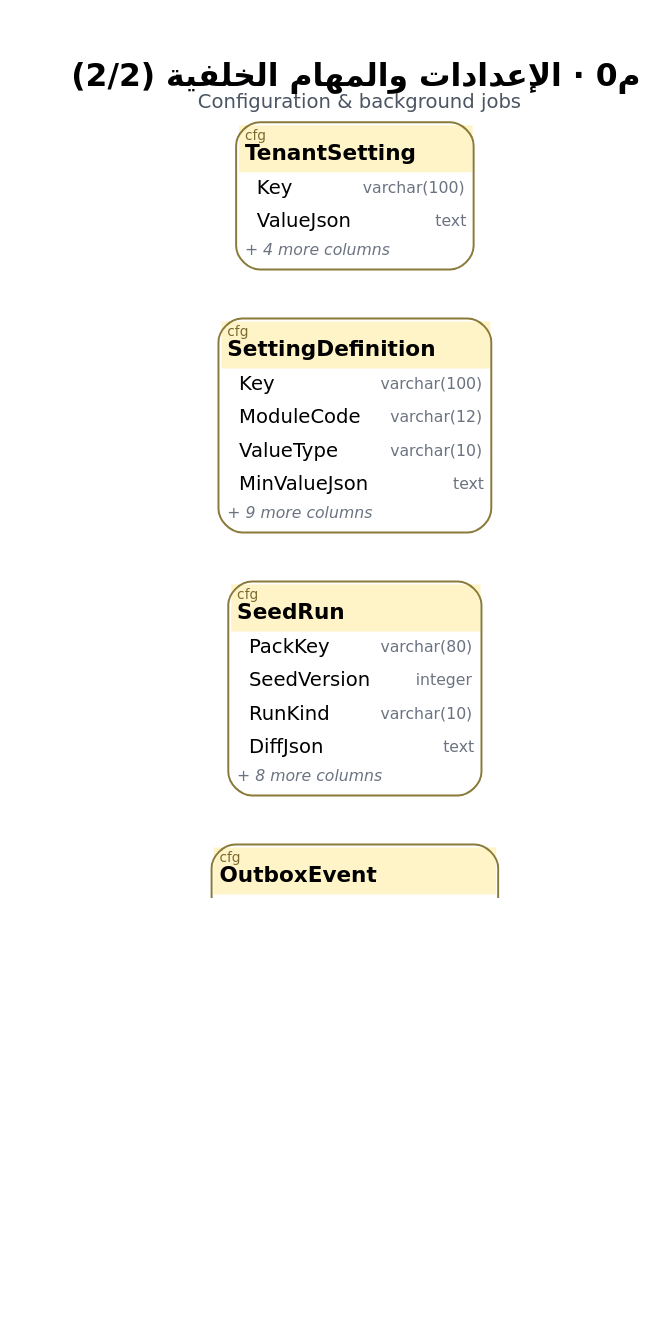
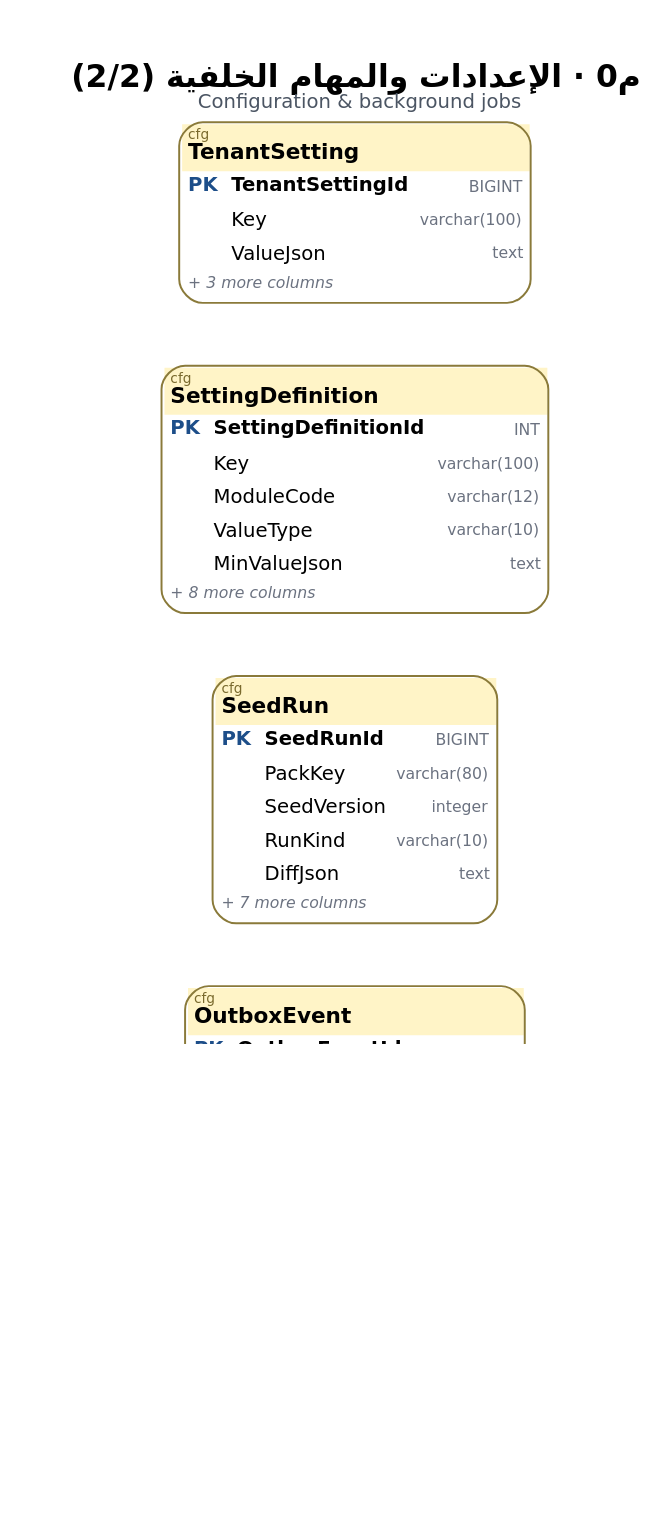
Before and after one commit to thawrasy/smartlines: the diagram in treasury-platform/docs/diagrams/pro/src/m0_config_2.dot, drawn with Graphviz. The commit also changed 72 other files, not shown here.

First line of the commit message:
WIP: layered orthogonal ERD layout with row ports (professional diagrams)

```diff
--- a/treasury-platform/docs/diagrams/pro/src/m0_config_2.dot
+++ b/treasury-platform/docs/diagrams/pro/src/m0_config_2.dot
@@ -1,10 +1,10 @@
 digraph G {
-  graph [fontname="DejaVu Sans", label=<<B><FONT POINT-SIZE="16">م0 · الإعدادات والمهام الخلفية (2/2)</FONT></B><BR/><FONT POINT-SIZE="10" COLOR="#4B5563">Configuration &amp; background jobs</FONT>>, labelloc=t, rankdir=LR, splines=true, nodesep=0.35, ranksep=1.25, pad=0.35, bgcolor="white", dpi=110];
+  graph [fontname="DejaVu Sans", label=<<B><FONT POINT-SIZE="16">م0 · الإعدادات والمهام الخلفية (2/2)</FONT></B><BR/><FONT POINT-SIZE="10" COLOR="#4B5563">Configuration &amp; background jobs</FONT>>, labelloc=t, rankdir=LR, splines=ortho, nodesep=0.45, ranksep=1.7, pad=0.35, bgcolor="white", dpi=110];
   node [fontname="DejaVu Sans", fontsize=10];
   edge [fontname="DejaVu Sans", fontsize=8, color="#374151", arrowsize=0.75];
-  "cfg.NumberSequenceDefinition" [shape=plain, label=<<TABLE BORDER="1" COLOR="#8A7A3A" CELLBORDER="0" CELLSPACING="0" CELLPADDING="3" STYLE="rounded" BGCOLOR="white"><TR><TD COLSPAN="3" BGCOLOR="#FFF4C7" ALIGN="LEFT"><FONT POINT-SIZE="7" COLOR="#7A6A2E">cfg</FONT><BR ALIGN="LEFT"/><FONT POINT-SIZE="11"><B>NumberSequenceDefinition</B></FONT></TD></TR><TR><TD ALIGN="LEFT"></TD><TD ALIGN="LEFT">SequenceKey</TD><TD ALIGN="RIGHT"><FONT COLOR="#6B7280" POINT-SIZE="8">varchar(50)</FONT></TD></TR><TR><TD ALIGN="LEFT"></TD><TD ALIGN="LEFT">Pattern</TD><TD ALIGN="RIGHT"><FONT COLOR="#6B7280" POINT-SIZE="8">varchar(100)</FONT></TD></TR><TR><TD ALIGN="LEFT"></TD><TD ALIGN="LEFT">ScopeLevel</TD><TD ALIGN="RIGHT"><FONT COLOR="#6B7280" POINT-SIZE="8">varchar(10)</FONT></TD></TR><TR><TD ALIGN="LEFT"></TD><TD ALIGN="LEFT">MinWidth</TD><TD ALIGN="RIGHT"><FONT COLOR="#6B7280" POINT-SIZE="8">integer</FONT></TD></TR><TR><TD COLSPAN="3" ALIGN="LEFT"><FONT POINT-SIZE="8" COLOR="#6B7280"><I>+ 8 more columns</I></FONT></TD></TR></TABLE>>];
-  "cfg.OutboxEvent" [shape=plain, label=<<TABLE BORDER="1" COLOR="#8A7A3A" CELLBORDER="0" CELLSPACING="0" CELLPADDING="3" STYLE="rounded" BGCOLOR="white"><TR><TD COLSPAN="3" BGCOLOR="#FFF4C7" ALIGN="LEFT"><FONT POINT-SIZE="7" COLOR="#7A6A2E">cfg</FONT><BR ALIGN="LEFT"/><FONT POINT-SIZE="11"><B>OutboxEvent</B></FONT></TD></TR><TR><TD ALIGN="LEFT"></TD><TD ALIGN="LEFT">MessageId</TD><TD ALIGN="RIGHT"><FONT COLOR="#6B7280" POINT-SIZE="8">uuid</FONT></TD></TR><TR><TD ALIGN="LEFT"></TD><TD ALIGN="LEFT">EventName</TD><TD ALIGN="RIGHT"><FONT COLOR="#6B7280" POINT-SIZE="8">varchar(100)</FONT></TD></TR><TR><TD ALIGN="LEFT"></TD><TD ALIGN="LEFT">PayloadJson</TD><TD ALIGN="RIGHT"><FONT COLOR="#6B7280" POINT-SIZE="8">text</FONT></TD></TR><TR><TD ALIGN="LEFT"></TD><TD ALIGN="LEFT">AggregateType</TD><TD ALIGN="RIGHT"><FONT COLOR="#6B7280" POINT-SIZE="8">varchar(60)</FONT></TD></TR><TR><TD COLSPAN="3" ALIGN="LEFT"><FONT POINT-SIZE="8" COLOR="#6B7280"><I>+ 14 more columns</I></FONT></TD></TR></TABLE>>];
-  "cfg.SeedRun" [shape=plain, label=<<TABLE BORDER="1" COLOR="#8A7A3A" CELLBORDER="0" CELLSPACING="0" CELLPADDING="3" STYLE="rounded" BGCOLOR="white"><TR><TD COLSPAN="3" BGCOLOR="#FFF4C7" ALIGN="LEFT"><FONT POINT-SIZE="7" COLOR="#7A6A2E">cfg</FONT><BR ALIGN="LEFT"/><FONT POINT-SIZE="11"><B>SeedRun</B></FONT></TD></TR><TR><TD ALIGN="LEFT"></TD><TD ALIGN="LEFT">PackKey</TD><TD ALIGN="RIGHT"><FONT COLOR="#6B7280" POINT-SIZE="8">varchar(80)</FONT></TD></TR><TR><TD ALIGN="LEFT"></TD><TD ALIGN="LEFT">SeedVersion</TD><TD ALIGN="RIGHT"><FONT COLOR="#6B7280" POINT-SIZE="8">integer</FONT></TD></TR><TR><TD ALIGN="LEFT"></TD><TD ALIGN="LEFT">RunKind</TD><TD ALIGN="RIGHT"><FONT COLOR="#6B7280" POINT-SIZE="8">varchar(10)</FONT></TD></TR><TR><TD ALIGN="LEFT"></TD><TD ALIGN="LEFT">DiffJson</TD><TD ALIGN="RIGHT"><FONT COLOR="#6B7280" POINT-SIZE="8">text</FONT></TD></TR><TR><TD COLSPAN="3" ALIGN="LEFT"><FONT POINT-SIZE="8" COLOR="#6B7280"><I>+ 8 more columns</I></FONT></TD></TR></TABLE>>];
-  "cfg.SettingDefinition" [shape=plain, label=<<TABLE BORDER="1" COLOR="#8A7A3A" CELLBORDER="0" CELLSPACING="0" CELLPADDING="3" STYLE="rounded" BGCOLOR="white"><TR><TD COLSPAN="3" BGCOLOR="#FFF4C7" ALIGN="LEFT"><FONT POINT-SIZE="7" COLOR="#7A6A2E">cfg</FONT><BR ALIGN="LEFT"/><FONT POINT-SIZE="11"><B>SettingDefinition</B></FONT></TD></TR><TR><TD ALIGN="LEFT"></TD><TD ALIGN="LEFT">Key</TD><TD ALIGN="RIGHT"><FONT COLOR="#6B7280" POINT-SIZE="8">varchar(100)</FONT></TD></TR><TR><TD ALIGN="LEFT"></TD><TD ALIGN="LEFT">ModuleCode</TD><TD ALIGN="RIGHT"><FONT COLOR="#6B7280" POINT-SIZE="8">varchar(12)</FONT></TD></TR><TR><TD ALIGN="LEFT"></TD><TD ALIGN="LEFT">ValueType</TD><TD ALIGN="RIGHT"><FONT COLOR="#6B7280" POINT-SIZE="8">varchar(10)</FONT></TD></TR><TR><TD ALIGN="LEFT"></TD><TD ALIGN="LEFT">MinValueJson</TD><TD ALIGN="RIGHT"><FONT COLOR="#6B7280" POINT-SIZE="8">text</FONT></TD></TR><TR><TD COLSPAN="3" ALIGN="LEFT"><FONT POINT-SIZE="8" COLOR="#6B7280"><I>+ 9 more columns</I></FONT></TD></TR></TABLE>>];
-  "cfg.TenantSetting" [shape=plain, label=<<TABLE BORDER="1" COLOR="#8A7A3A" CELLBORDER="0" CELLSPACING="0" CELLPADDING="3" STYLE="rounded" BGCOLOR="white"><TR><TD COLSPAN="3" BGCOLOR="#FFF4C7" ALIGN="LEFT"><FONT POINT-SIZE="7" COLOR="#7A6A2E">cfg</FONT><BR ALIGN="LEFT"/><FONT POINT-SIZE="11"><B>TenantSetting</B></FONT></TD></TR><TR><TD ALIGN="LEFT"></TD><TD ALIGN="LEFT">Key</TD><TD ALIGN="RIGHT"><FONT COLOR="#6B7280" POINT-SIZE="8">varchar(100)</FONT></TD></TR><TR><TD ALIGN="LEFT"></TD><TD ALIGN="LEFT">ValueJson</TD><TD ALIGN="RIGHT"><FONT COLOR="#6B7280" POINT-SIZE="8">text</FONT></TD></TR><TR><TD COLSPAN="3" ALIGN="LEFT"><FONT POINT-SIZE="8" COLOR="#6B7280"><I>+ 4 more columns</I></FONT></TD></TR></TABLE>>];
+  "cfg.NumberSequenceDefinition" [shape=plain, label=<<TABLE BORDER="1" COLOR="#8A7A3A" CELLBORDER="0" CELLSPACING="0" CELLPADDING="3" STYLE="rounded" BGCOLOR="white"><TR><TD COLSPAN="3" BGCOLOR="#FFF4C7" ALIGN="LEFT"><FONT POINT-SIZE="7" COLOR="#7A6A2E">cfg</FONT><BR ALIGN="LEFT"/><FONT POINT-SIZE="11"><B>NumberSequenceDefinition</B></FONT></TD></TR><TR><TD ALIGN="LEFT" PORT="NumberSequenceDefinitionId"><FONT COLOR="#1D4E89"><B>PK</B></FONT></TD><TD ALIGN="LEFT" PORT="NumberSequenceDefinitionId"><B>NumberSequenceDefinitionId</B></TD><TD ALIGN="RIGHT" PORT="NumberSequenceDefinitionId"><FONT COLOR="#6B7280" POINT-SIZE="8">BIGINT</FONT></TD></TR><TR><TD ALIGN="LEFT"></TD><TD ALIGN="LEFT">SequenceKey</TD><TD ALIGN="RIGHT"><FONT COLOR="#6B7280" POINT-SIZE="8">varchar(50)</FONT></TD></TR><TR><TD ALIGN="LEFT"></TD><TD ALIGN="LEFT">Pattern</TD><TD ALIGN="RIGHT"><FONT COLOR="#6B7280" POINT-SIZE="8">varchar(100)</FONT></TD></TR><TR><TD ALIGN="LEFT"></TD><TD ALIGN="LEFT">ScopeLevel</TD><TD ALIGN="RIGHT"><FONT COLOR="#6B7280" POINT-SIZE="8">varchar(10)</FONT></TD></TR><TR><TD ALIGN="LEFT"></TD><TD ALIGN="LEFT">MinWidth</TD><TD ALIGN="RIGHT"><FONT COLOR="#6B7280" POINT-SIZE="8">integer</FONT></TD></TR><TR><TD COLSPAN="3" ALIGN="LEFT"><FONT POINT-SIZE="8" COLOR="#6B7280"><I>+ 7 more columns</I></FONT></TD></TR></TABLE>>];
+  "cfg.OutboxEvent" [shape=plain, label=<<TABLE BORDER="1" COLOR="#8A7A3A" CELLBORDER="0" CELLSPACING="0" CELLPADDING="3" STYLE="rounded" BGCOLOR="white"><TR><TD COLSPAN="3" BGCOLOR="#FFF4C7" ALIGN="LEFT"><FONT POINT-SIZE="7" COLOR="#7A6A2E">cfg</FONT><BR ALIGN="LEFT"/><FONT POINT-SIZE="11"><B>OutboxEvent</B></FONT></TD></TR><TR><TD ALIGN="LEFT" PORT="OutboxEventId"><FONT COLOR="#1D4E89"><B>PK</B></FONT></TD><TD ALIGN="LEFT" PORT="OutboxEventId"><B>OutboxEventId</B></TD><TD ALIGN="RIGHT" PORT="OutboxEventId"><FONT COLOR="#6B7280" POINT-SIZE="8">BIGINT</FONT></TD></TR><TR><TD ALIGN="LEFT"></TD><TD ALIGN="LEFT">MessageId</TD><TD ALIGN="RIGHT"><FONT COLOR="#6B7280" POINT-SIZE="8">uuid</FONT></TD></TR><TR><TD ALIGN="LEFT"></TD><TD ALIGN="LEFT">EventName</TD><TD ALIGN="RIGHT"><FONT COLOR="#6B7280" POINT-SIZE="8">varchar(100)</FONT></TD></TR><TR><TD ALIGN="LEFT"></TD><TD ALIGN="LEFT">PayloadJson</TD><TD ALIGN="RIGHT"><FONT COLOR="#6B7280" POINT-SIZE="8">text</FONT></TD></TR><TR><TD ALIGN="LEFT"></TD><TD ALIGN="LEFT">AggregateType</TD><TD ALIGN="RIGHT"><FONT COLOR="#6B7280" POINT-SIZE="8">varchar(60)</FONT></TD></TR><TR><TD COLSPAN="3" ALIGN="LEFT"><FONT POINT-SIZE="8" COLOR="#6B7280"><I>+ 13 more columns</I></FONT></TD></TR></TABLE>>];
+  "cfg.SeedRun" [shape=plain, label=<<TABLE BORDER="1" COLOR="#8A7A3A" CELLBORDER="0" CELLSPACING="0" CELLPADDING="3" STYLE="rounded" BGCOLOR="white"><TR><TD COLSPAN="3" BGCOLOR="#FFF4C7" ALIGN="LEFT"><FONT POINT-SIZE="7" COLOR="#7A6A2E">cfg</FONT><BR ALIGN="LEFT"/><FONT POINT-SIZE="11"><B>SeedRun</B></FONT></TD></TR><TR><TD ALIGN="LEFT" PORT="SeedRunId"><FONT COLOR="#1D4E89"><B>PK</B></FONT></TD><TD ALIGN="LEFT" PORT="SeedRunId"><B>SeedRunId</B></TD><TD ALIGN="RIGHT" PORT="SeedRunId"><FONT COLOR="#6B7280" POINT-SIZE="8">BIGINT</FONT></TD></TR><TR><TD ALIGN="LEFT"></TD><TD ALIGN="LEFT">PackKey</TD><TD ALIGN="RIGHT"><FONT COLOR="#6B7280" POINT-SIZE="8">varchar(80)</FONT></TD></TR><TR><TD ALIGN="LEFT"></TD><TD ALIGN="LEFT">SeedVersion</TD><TD ALIGN="RIGHT"><FONT COLOR="#6B7280" POINT-SIZE="8">integer</FONT></TD></TR><TR><TD ALIGN="LEFT"></TD><TD ALIGN="LEFT">RunKind</TD><TD ALIGN="RIGHT"><FONT COLOR="#6B7280" POINT-SIZE="8">varchar(10)</FONT></TD></TR><TR><TD ALIGN="LEFT"></TD><TD ALIGN="LEFT">DiffJson</TD><TD ALIGN="RIGHT"><FONT COLOR="#6B7280" POINT-SIZE="8">text</FONT></TD></TR><TR><TD COLSPAN="3" ALIGN="LEFT"><FONT POINT-SIZE="8" COLOR="#6B7280"><I>+ 7 more columns</I></FONT></TD></TR></TABLE>>];
+  "cfg.SettingDefinition" [shape=plain, label=<<TABLE BORDER="1" COLOR="#8A7A3A" CELLBORDER="0" CELLSPACING="0" CELLPADDING="3" STYLE="rounded" BGCOLOR="white"><TR><TD COLSPAN="3" BGCOLOR="#FFF4C7" ALIGN="LEFT"><FONT POINT-SIZE="7" COLOR="#7A6A2E">cfg</FONT><BR ALIGN="LEFT"/><FONT POINT-SIZE="11"><B>SettingDefinition</B></FONT></TD></TR><TR><TD ALIGN="LEFT" PORT="SettingDefinitionId"><FONT COLOR="#1D4E89"><B>PK</B></FONT></TD><TD ALIGN="LEFT" PORT="SettingDefinitionId"><B>SettingDefinitionId</B></TD><TD ALIGN="RIGHT" PORT="SettingDefinitionId"><FONT COLOR="#6B7280" POINT-SIZE="8">INT</FONT></TD></TR><TR><TD ALIGN="LEFT"></TD><TD ALIGN="LEFT">Key</TD><TD ALIGN="RIGHT"><FONT COLOR="#6B7280" POINT-SIZE="8">varchar(100)</FONT></TD></TR><TR><TD ALIGN="LEFT"></TD><TD ALIGN="LEFT">ModuleCode</TD><TD ALIGN="RIGHT"><FONT COLOR="#6B7280" POINT-SIZE="8">varchar(12)</FONT></TD></TR><TR><TD ALIGN="LEFT"></TD><TD ALIGN="LEFT">ValueType</TD><TD ALIGN="RIGHT"><FONT COLOR="#6B7280" POINT-SIZE="8">varchar(10)</FONT></TD></TR><TR><TD ALIGN="LEFT"></TD><TD ALIGN="LEFT">MinValueJson</TD><TD ALIGN="RIGHT"><FONT COLOR="#6B7280" POINT-SIZE="8">text</FONT></TD></TR><TR><TD COLSPAN="3" ALIGN="LEFT"><FONT POINT-SIZE="8" COLOR="#6B7280"><I>+ 8 more columns</I></FONT></TD></TR></TABLE>>];
+  "cfg.TenantSetting" [shape=plain, label=<<TABLE BORDER="1" COLOR="#8A7A3A" CELLBORDER="0" CELLSPACING="0" CELLPADDING="3" STYLE="rounded" BGCOLOR="white"><TR><TD COLSPAN="3" BGCOLOR="#FFF4C7" ALIGN="LEFT"><FONT POINT-SIZE="7" COLOR="#7A6A2E">cfg</FONT><BR ALIGN="LEFT"/><FONT POINT-SIZE="11"><B>TenantSetting</B></FONT></TD></TR><TR><TD ALIGN="LEFT" PORT="TenantSettingId"><FONT COLOR="#1D4E89"><B>PK</B></FONT></TD><TD ALIGN="LEFT" PORT="TenantSettingId"><B>TenantSettingId</B></TD><TD ALIGN="RIGHT" PORT="TenantSettingId"><FONT COLOR="#6B7280" POINT-SIZE="8">BIGINT</FONT></TD></TR><TR><TD ALIGN="LEFT"></TD><TD ALIGN="LEFT">Key</TD><TD ALIGN="RIGHT"><FONT COLOR="#6B7280" POINT-SIZE="8">varchar(100)</FONT></TD></TR><TR><TD ALIGN="LEFT"></TD><TD ALIGN="LEFT">ValueJson</TD><TD ALIGN="RIGHT"><FONT COLOR="#6B7280" POINT-SIZE="8">text</FONT></TD></TR><TR><TD COLSPAN="3" ALIGN="LEFT"><FONT POINT-SIZE="8" COLOR="#6B7280"><I>+ 3 more columns</I></FONT></TD></TR></TABLE>>];
 }
```
